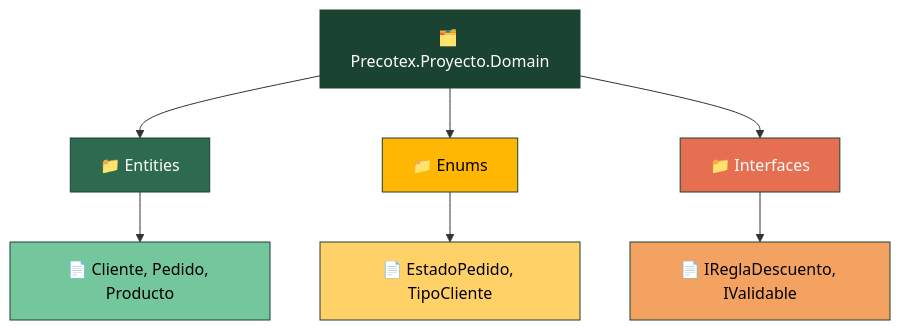
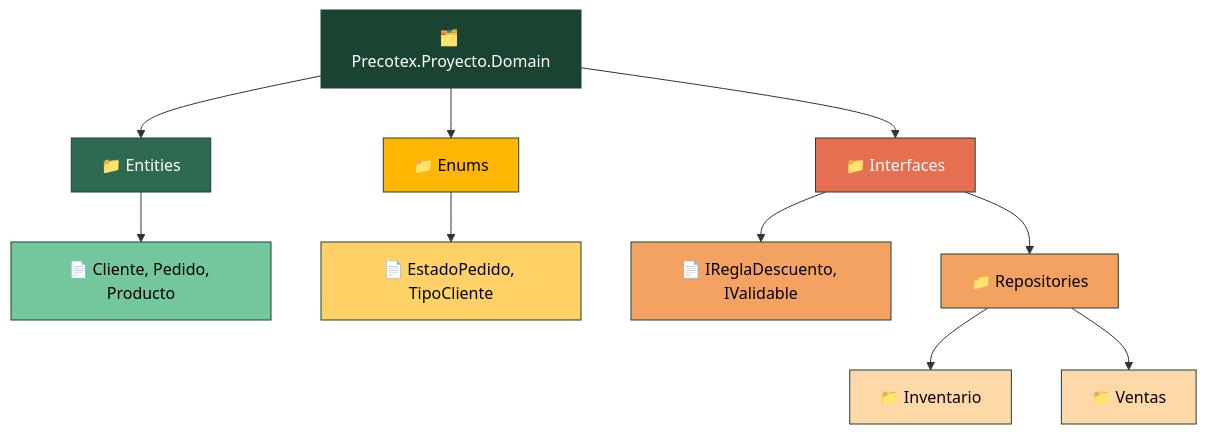
One commit to jhoncalleflores1035/precotex-backend-arquitectura changed the second of 3 diagrams in PrecotexProyecto/src/Precotex.Proyecto.Domain/README.md. Above: the diagram before and after it, drawn with Mermaid. The commit also changed other lines of this file and 5 other files, not shown here.

Commit message:
Refactor architecture documentation: clarify repository contracts and dependencies across layers

````diff
--- a/PrecotexProyecto/src/Precotex.Proyecto.Domain/README.md
+++ b/PrecotexProyecto/src/Precotex.Proyecto.Domain/README.md
@@ -17,18 +17,24 @@
 ```mermaid
 flowchart TD
     ROOT[🗂️ Precotex.Proyecto.Domain]
     ROOT --> ENT[📁 Entities]
     ENT --> ENTF[📄 Cliente, Pedido, Producto]
     ROOT --> ENUM[📁 Enums]
     ENUM --> ENUMF[📄 EstadoPedido, TipoCliente]
     ROOT --> INT[📁 Interfaces]
     INT --> INTF[📄 IReglaDescuento, IValidable]
+    INT --> INTREPO[📁 Repositories]
+    INTREPO --> INTREPOINV[📁 Inventario]
+    INTREPO --> INTREPOVEN[📁 Ventas]
 
     style ROOT fill:#1b4332,stroke:#1b4332,color:#fff
     style ENT fill:#2d6a4f,stroke:#1b4332,color:#fff
     style ENTF fill:#74c69d,stroke:#1b4332,color:#000
     style ENUM fill:#ffb703,stroke:#1b4332,color:#000
     style ENUMF fill:#ffd166,stroke:#1b4332,color:#000
     style INT fill:#e76f51,stroke:#1b4332,color:#fff
     style INTF fill:#f4a261,stroke:#1b4332,color:#000
+    style INTREPO fill:#f4a261,stroke:#1b4332,color:#000
+    style INTREPOINV fill:#ffd8a8,stroke:#1b4332,color:#000
+    style INTREPOVEN fill:#ffd8a8,stroke:#1b4332,color:#000
 ```
````
